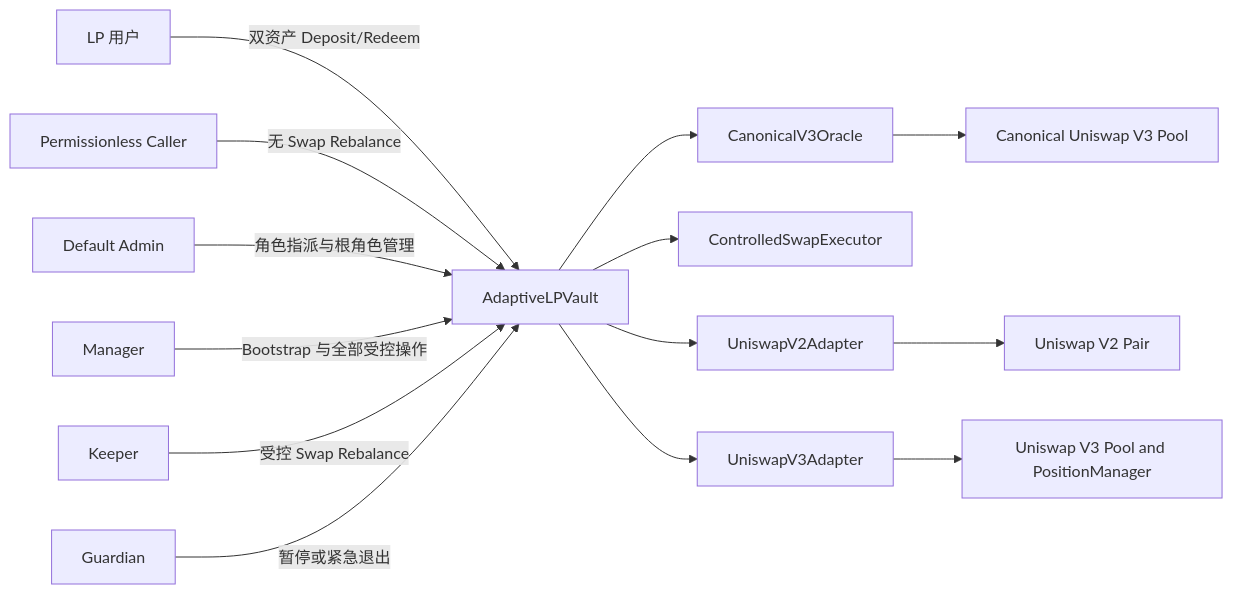
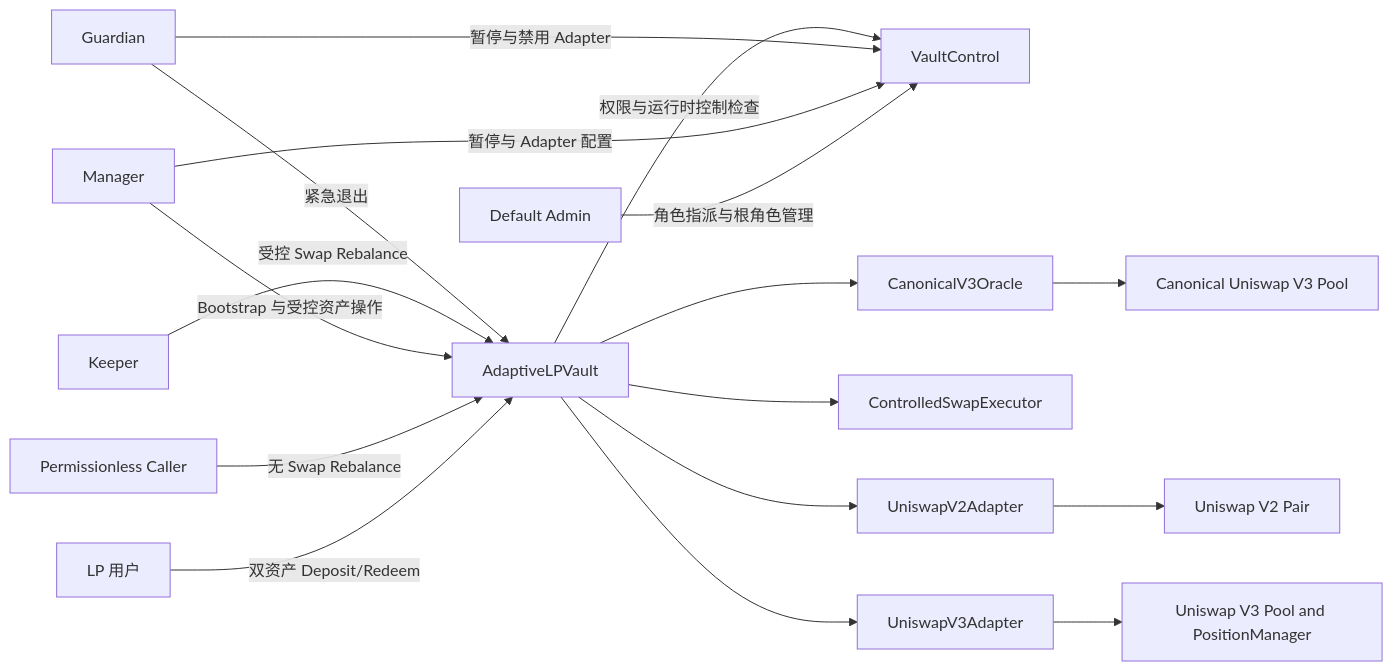
One commit to GGHansome/Adaptive-LP-Vault changed the diagram in docs/PRODUCT_SPEC.md. Above: the diagram before and after it, drawn with Mermaid. The commit also changed other lines of this file and 21 other files, not shown here.

Commit message:
Architecture adjustment

````diff
--- a/docs/PRODUCT_SPEC.md
+++ b/docs/PRODUCT_SPEC.md
@@ -117,16 +118,19 @@
 ```mermaid
 flowchart LR
     User[LP 用户] -->|双资产 Deposit/Redeem| Vault[AdaptiveLPVault]
     Caller[Permissionless Caller] -->|无 Swap Rebalance| Vault
-    DefaultAdmin[Default Admin] -->|角色指派与根角色管理| Vault
-    Manager[Manager] -->|Bootstrap 与全部受控操作| Vault
+    DefaultAdmin[Default Admin] -->|角色指派与根角色管理| Control[VaultControl]
+    Manager[Manager] -->|Bootstrap 与受控资产操作| Vault
+    Manager -->|暂停与 Adapter 配置| Control
     Keeper[Keeper] -->|受控 Swap Rebalance| Vault
-    Guardian[Guardian] -->|暂停或紧急退出| Vault
+    Guardian[Guardian] -->|暂停与禁用 Adapter| Control
+    Guardian -->|紧急退出| Vault
+    Vault -->|权限与运行时控制检查| Control
     Vault --> Oracle[CanonicalV3Oracle]
     Vault --> Swap[ControlledSwapExecutor]
     Vault --> V2[UniswapV2Adapter]
     Vault --> V3[UniswapV3Adapter]
     V2 --> V2Pool[Uniswap V2 Pair]
     V3 --> V3Pool[Uniswap V3 Pool and PositionManager]
     Oracle --> Canonical[Canonical Uniswap V3 Pool]
 ```
````
